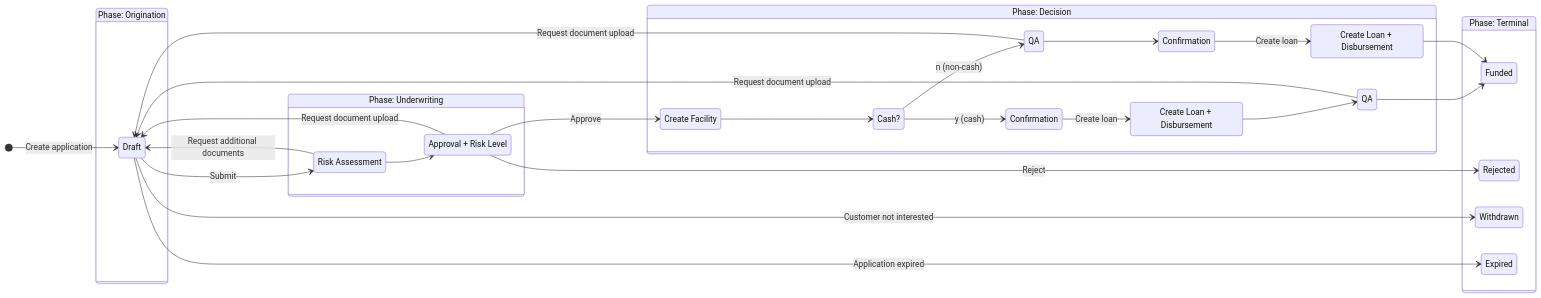
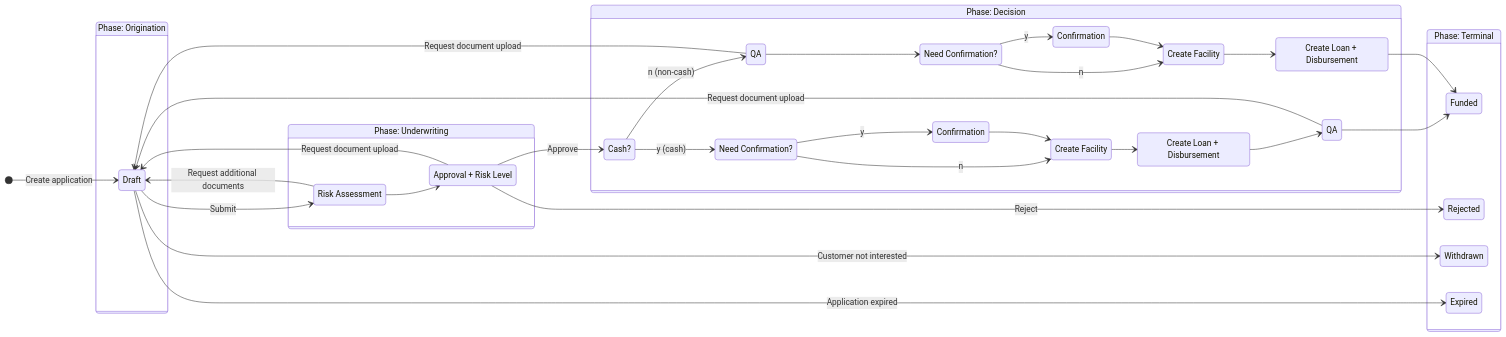
One commit to chanatan-sri/TurboProduct changed the first of 2 diagrams in product/credit/onigiri/PRODUCT.md. Above: the diagram before and after it, drawn with Mermaid. The commit also changed other lines of this file, not shown here.

Commit message:
docs(credit/onigiri): update workflow — Cash? decision moves before Create Facility
Restructures the Decision phase state machine to reflect the new workflow:
- Cash? decision now occurs immediately after Approval (was after Create Facility)
- Introduces Need Confirmation? gate in both cash and non-cash paths
- Create Facility is now path-specific (cash and non-cash each have their own)
- Non-cash path: QA occurs before Need Confirmation? and Create Facility
- Updates disbursement channel lockpoint explanation to reflect earlier path commitment

````diff
--- a/product/credit/onigiri/PRODUCT.md
+++ b/product/credit/onigiri/PRODUCT.md
@@ -106,59 +106,66 @@
 ```mermaid
 stateDiagram-v2
     direction LR
 
     state "Phase: Origination" as orig {
         Draft
     }
 
     state "Phase: Underwriting" as uw {
         RiskAssessment: Risk Assessment
         Approval: Approval + Risk Level
     }
 
     state "Phase: Decision" as dec {
-        CreateFacility: Create Facility
         Cash: Cash?
-        Confirmation1: Confirmation
-        CreateLoanDisb1: Create Loan + Disbursement
-        QA_top: QA
-        QA_bottom: QA
-        ConfirmationBottom: Confirmation
-        CreateLoanDisbBottom: Create Loan + Disbursement
+        NeedConfCash: Need Confirmation?
+        ConfirmationCash: Confirmation
+        CreateFacilityCash: Create Facility
+        CreateLoanDisbCash: Create Loan + Disbursement
+        QA_cash: QA
+
+        QA_noncash: QA
+        NeedConfNonCash: Need Confirmation?
+        ConfirmationNonCash: Confirmation
+        CreateFacilityNonCash: Create Facility
+        CreateLoanDisbNonCash: Create Loan + Disbursement
     }
 
     state "Phase: Terminal" as term {
         Funded
         Rejected
         Withdrawn
         Expired
     }
 
     [*] --> Draft: Create application
     Draft --> RiskAssessment: Submit
 
     RiskAssessment --> Approval
     RiskAssessment --> Draft: Request additional documents
 
-    Approval --> CreateFacility: Approve
+    Approval --> Cash: Approve
     Approval --> Rejected: Reject
     Approval --> Draft: Request document upload
 
-    CreateFacility --> Cash
+    Cash --> NeedConfCash: y (cash)
+    NeedConfCash --> ConfirmationCash: y
+    NeedConfCash --> CreateFacilityCash: n
+    ConfirmationCash --> CreateFacilityCash
+    CreateFacilityCash --> CreateLoanDisbCash
+    CreateLoanDisbCash --> QA_cash
+    QA_cash --> Funded
+    QA_cash --> Draft: Request document upload
 
-    Cash --> Confirmation1: y (cash)
-    Confirmation1 --> CreateLoanDisb1: Create loan
-    CreateLoanDisb1 --> QA_top
-    QA_top --> Funded
-
-    Cash --> QA_bottom: n (non-cash)
-    QA_bottom --> ConfirmationBottom
-    ConfirmationBottom --> CreateLoanDisbBottom: Create loan
-    CreateLoanDisbBottom --> Funded
-
-    QA_top --> Draft: Request document upload
-    QA_bottom --> Draft: Request document upload
+    Cash --> QA_noncash: n (non-cash)
+    QA_noncash --> NeedConfNonCash
+    QA_noncash --> Draft: Request document upload
+    NeedConfNonCash --> ConfirmationNonCash: y
+    NeedConfNonCash --> CreateFacilityNonCash: n
+    ConfirmationNonCash --> CreateFacilityNonCash
+    CreateFacilityNonCash --> CreateLoanDisbNonCash
+    CreateLoanDisbNonCash --> Funded
 
     Draft --> Withdrawn: Customer not interested
     Draft --> Expired: Application expired
 ```
````
